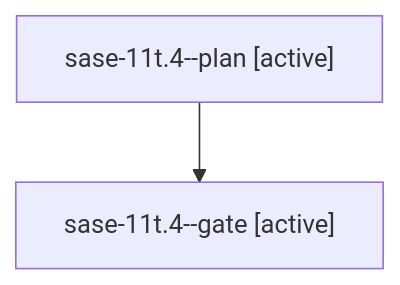
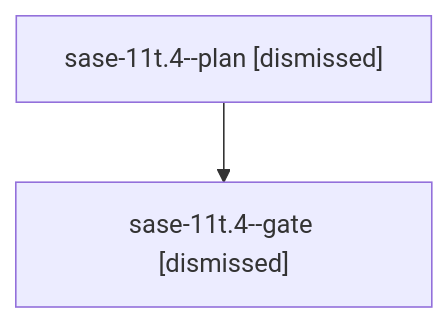
Before and after one commit to sase-org/sase--agents: the diagram in sessions/bbugyi200.athena.sase-11t.4.md, drawn with Mermaid. The commit also changed other lines of this file and 252 other files, not shown here.

````diff
--- a/sessions/bbugyi200.athena.sase-11t.4.md
+++ b/sessions/bbugyi200.athena.sase-11t.4.md
@@ -9,6 +9,6 @@
 ```mermaid
 flowchart TD
-  n0["sase-11t.4--plan [active]"]
-  n1["sase-11t.4--gate [active]"]
+  n0["sase-11t.4--plan [dismissed]"]
+  n1["sase-11t.4--gate [dismissed]"]
   n0 --> n1
 ```
````
